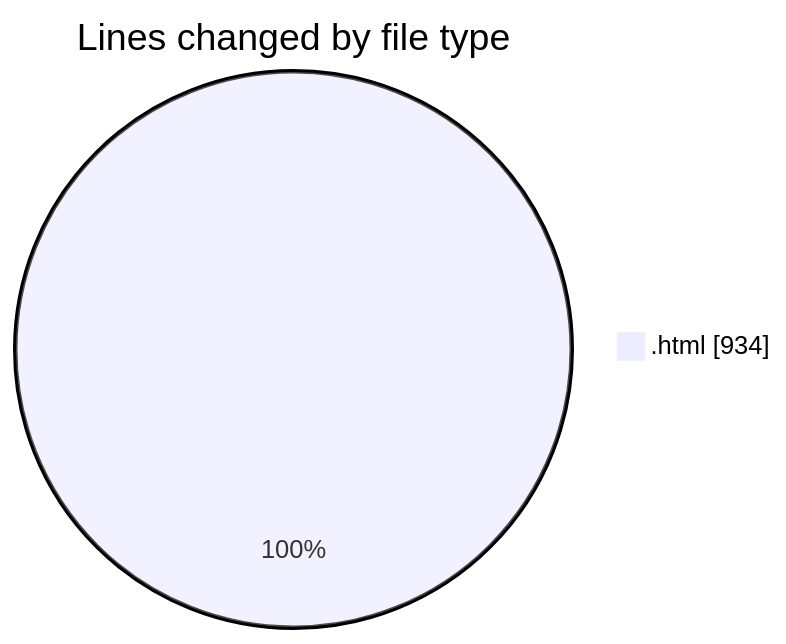
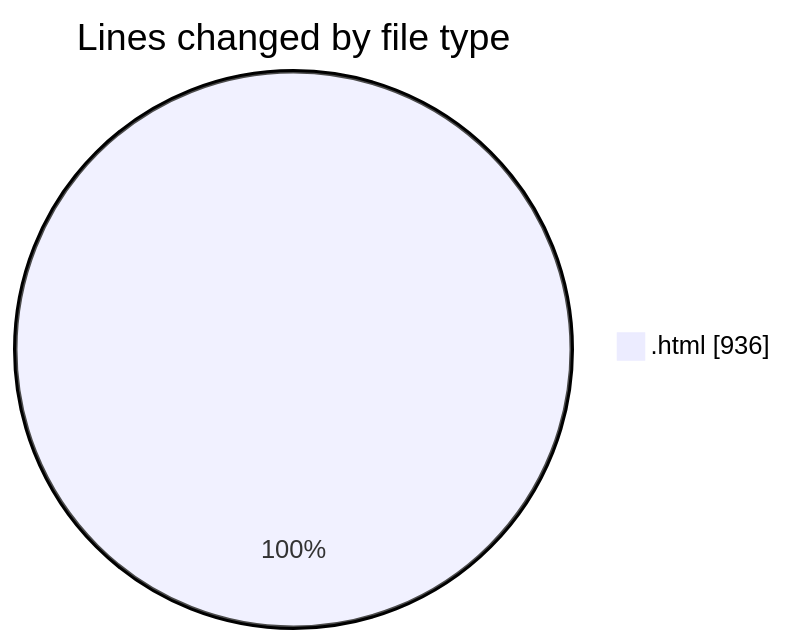
The first of 2 diagrams in 2025-02-15/0starter_files/README.md (Ritupan-Deka/code-tracking), drawn with Mermaid before and after one commit. The commit also changed other lines of this file and 1 other file, not shown here.

````diff
--- a/2025-02-15/0starter_files/README.md
+++ b/2025-02-15/0starter_files/README.md
@@ -20,5 +20,5 @@
 ```mermaid
 pie showData
 title Lines changed by file type
-".html" : 934
+".html" : 936
 ```
````
